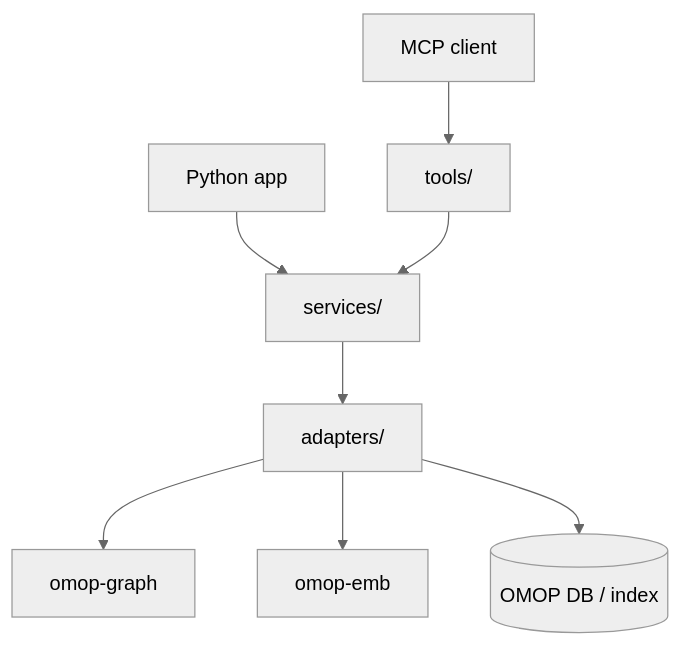
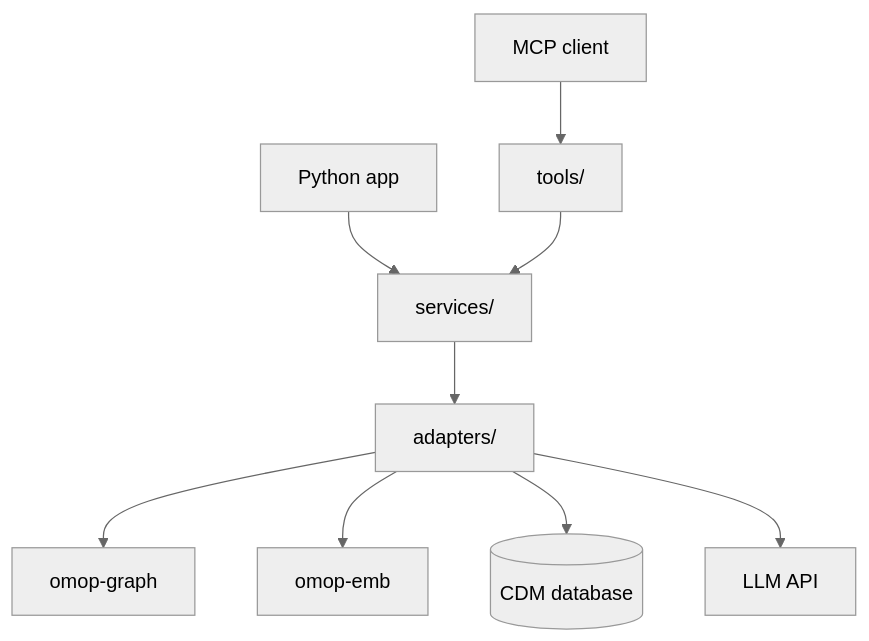
One commit to AustralianCancerDataNetwork/groundworkers changed the first of 3 diagrams in docs/architecture.md. Above: the diagram before and after it, drawn with Mermaid (neutral theme). The commit also changed other lines of this file and 13 other files, not shown here.

````diff
--- a/docs/architecture.md
+++ b/docs/architecture.md
@@ -15,10 +15,11 @@
 ```mermaid
 flowchart TD
     A1[Python app] --> S[services/]
     A2[MCP client] --> T[tools/]
     T --> S
     S --> AD[adapters/]
     AD --> OG[omop-graph]
     AD --> OE[omop-emb]
-    AD --> DB[(OMOP DB / index)]
+    AD --> DB[(CDM database)]
+    AD --> LM[LLM API]
 ```
````
